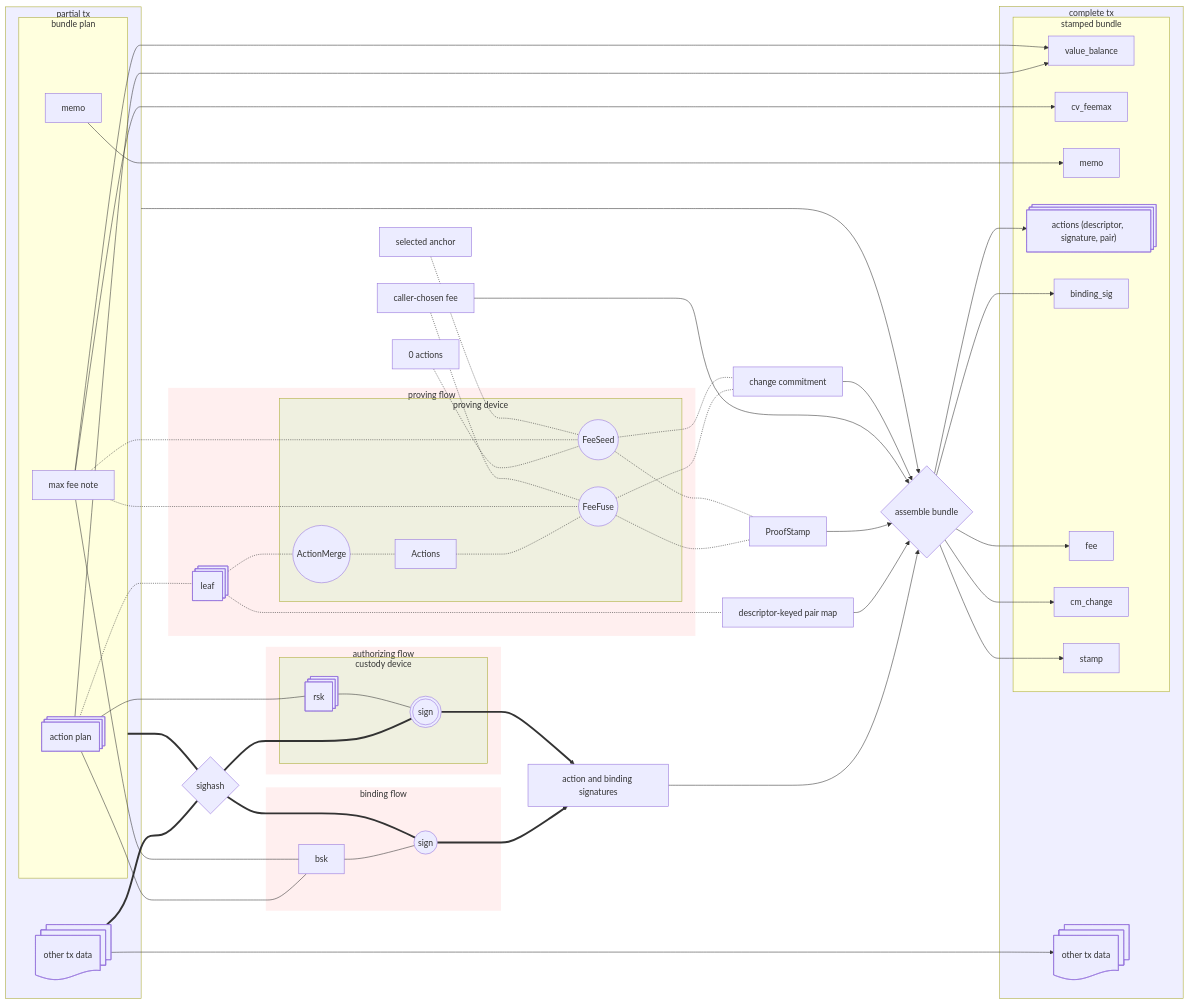
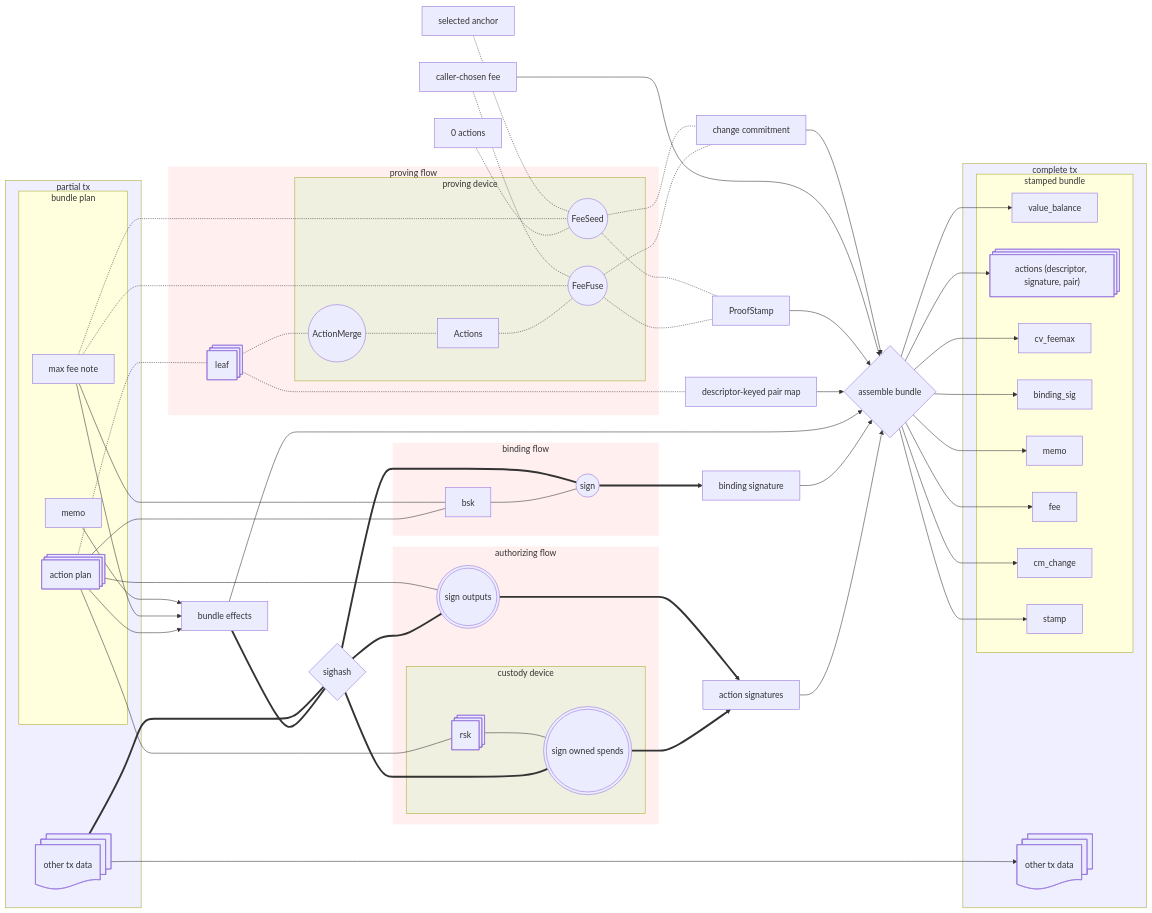
Before and after one commit to turbocrime/tachyon: the second of 3 diagrams in book/src/authorization.md, drawn with Mermaid. The commit also changed other lines of this file and 5 other files, not shown here.

```diff
--- a/book/src/authorization.md
+++ b/book/src/authorization.md
@@ -206,12 +206,10 @@
         other1@{ shape: st-doc, label: "other tx data" } 
     end
     pczt ~~~ sighash{sighash}
-    bundle_plan & other1 === sighash 
+    effects & other1 === sighash
 
 
-    action_plan & max_fee_note --> value_balance
-    max_fee_note --> cv_feemax
-    memo --> memo_2[memo]
+    action_plan & max_fee_note & memo --> effects["bundle effects"]
 
     subgraph tx[complete tx]
         subgraph bundle["stamped bundle"]
@@ -251,24 +249,26 @@
         bsk 
         sign_binding_sig(("sign"))
     end
-    action_plan & max_fee_note --- bsk --- sign_binding_sig ==> signatures
+    action_plan & max_fee_note --- bsk --- sign_binding_sig ==> binding_signature["binding signature"]
     sighash === sign_binding_sig
 
     sighash ~~~ authorization
     subgraph authorization["authorizing flow"]
         subgraph custody["custody device"]
             rsk@{ shape: st-rect }
-            sign_action((("sign")))
+            sign_spends((("sign owned spends")))
         end
+        sign_outputs((("sign outputs")))
     end
-    sighash === sign_action
-    action_plan --- rsk --- sign_action ==> signatures
+    sighash === sign_spends & sign_outputs
+    action_plan --- rsk --- sign_spends ==> action_signatures["action signatures"]
+    action_plan --- sign_outputs ==> action_signatures
 
-    signatures["action and binding signatures"] --> join{"assemble bundle"}
-    pczt --> join
+    action_signatures & binding_signature --> join{"assemble bundle"}
+    effects --> join
     pairs --> join
     proved_stamp & chosen_fee & proved_change --> join
-    join --> action & binding_sig & stamp & fee & cm_change
+    join --> action & value_balance & cv_feemax & memo_2 & binding_sig & stamp & fee & cm_change
 
     other1 --> other2
     pczt ~~~ sighash
```
